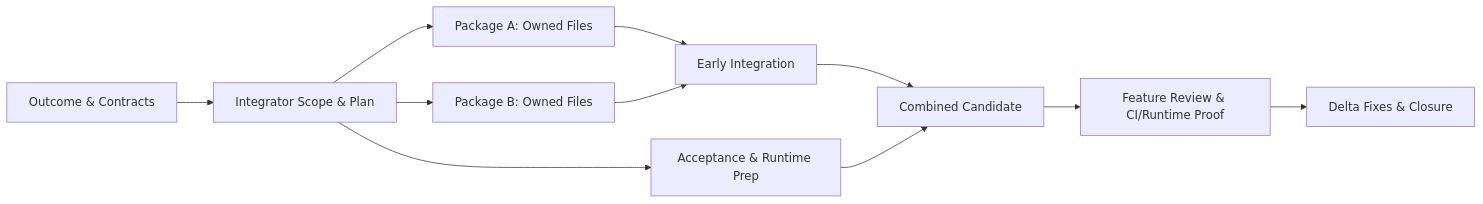
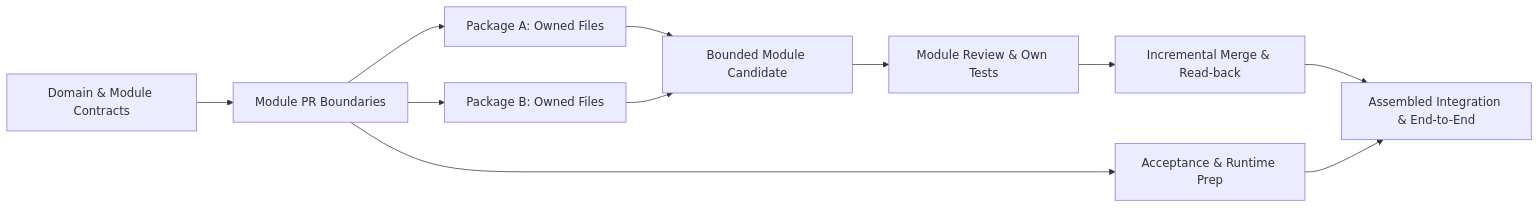
One commit to miles-song/high-efficiency-feature-development changed the diagram in README.md. Above: the diagram before and after it, drawn with Mermaid. The commit also changed other lines of this file and 3 other files, not shown here.

Commit message:
docs: define incremental delivery for cohesive domain modules

````diff
--- a/README.md
+++ b/README.md
@@ -25,13 +25,13 @@
 ```mermaid
 flowchart LR
-    A[Outcome & Contracts] --> B[Integrator Scope & Plan]
+    A[Domain & Module Contracts] --> B[Module PR Boundaries]
     B --> C1[Package A: Owned Files]
     B --> C2[Package B: Owned Files]
-    C1 --> D[Early Integration]
+    C1 --> D[Bounded Module Candidate]
     C2 --> D
     B --> E[Acceptance & Runtime Prep]
-    D --> F[Combined Candidate]
-    E --> F
-    F --> G[Feature Review & CI/Runtime Proof]
-    G --> H[Delta Fixes & Closure]
+    D --> F[Module Review & Own Tests]
+    F --> G[Incremental Merge & Read-back]
+    G --> H[Assembled Integration & End-to-End]
+    E --> H
 ```
````
